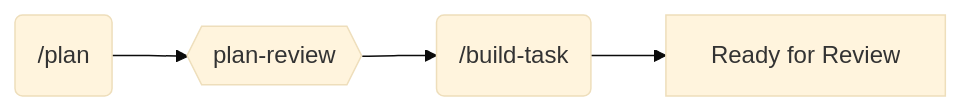
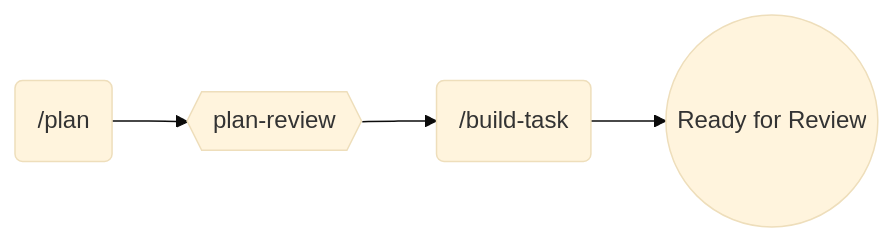
The second of 3 diagrams in plugins/majestic-engineer/README.md (majesticlabs-dev/majestic-marketplace), drawn with Mermaid (base theme) before and after one commit. The commit also changed other lines of this file, not shown here.

First line of the commit message:
docs(workflows): reorder sections and style Ready for Review as outcome

````diff
--- a/plugins/majestic-engineer/README.md
+++ b/plugins/majestic-engineer/README.md
@@ -87,6 +38,6 @@
 ```mermaid
 graph LR
     PL(/plan) --> PR{{plan-review}}
     PR --> BT(/build-task)
-    BT --> Done[Ready for Review]
+    BT --> Done((Ready for Review))
 ```
````
